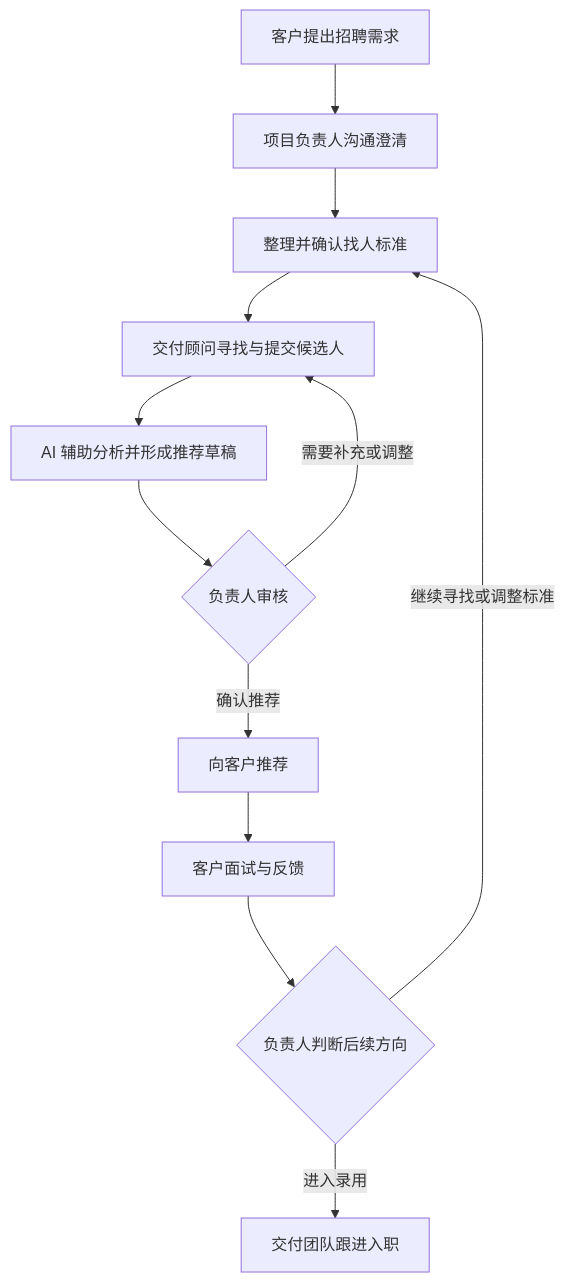
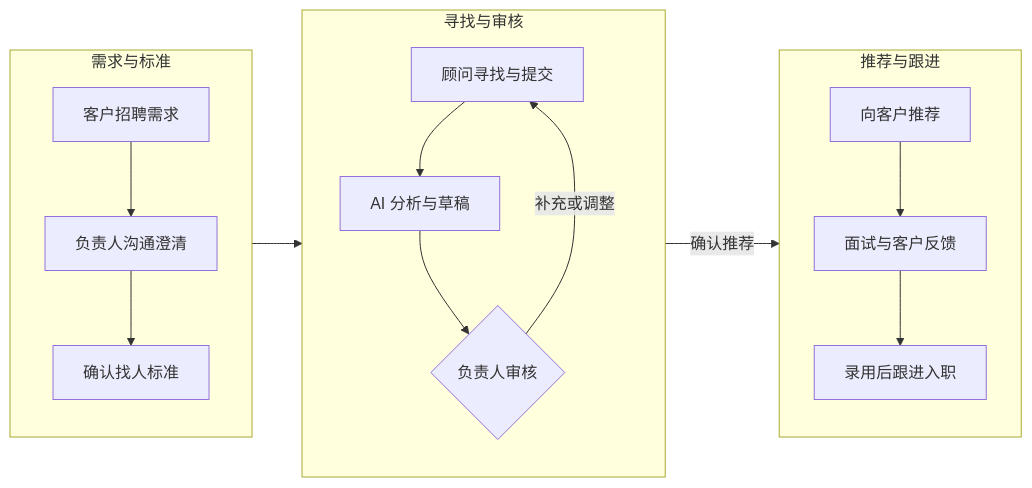
One commit to cytlabs/personal-site changed the first of 2 diagrams in content/cases/recruitment-delivery.md. Above: the diagram before and after it, drawn with Mermaid. The commit also changed other lines of this file and 17 other files, not shown here.

First line of the commit message:
统一图表排版、主题和大图查看 (#15)

````diff
--- a/content/cases/recruitment-delivery.md
+++ b/content/cases/recruitment-delivery.md
@@ -17,14 +17,18 @@
 ```mermaid
-flowchart TD
-    A["客户提出招聘需求"] --> B["项目负责人沟通澄清"]
-    B --> C["整理并确认找人标准"]
-    C --> D["交付顾问寻找与提交候选人"]
-    D --> E["AI 辅助分析并形成推荐草稿"]
-    E --> F{"负责人审核"}
-    F -->|需要补充或调整| D
-    F -->|确认推荐| G["向客户推荐"]
-    G --> H["客户面试与反馈"]
-    H --> I{"负责人判断后续方向"}
-    I -->|继续寻找或调整标准| C
-    I -->|进入录用| J["交付团队跟进入职"]
+flowchart LR
+    subgraph RQ["需求与标准"]
+        direction TB
+        A["客户招聘需求"] --> B["负责人沟通澄清"] --> C["确认找人标准"]
+    end
+    subgraph DL["寻找与审核"]
+        direction TB
+        D["顾问寻找与提交"] --> E["AI 分析与草稿"] --> F{"负责人审核"}
+        F -->|补充或调整| D
+    end
+    subgraph RC["推荐与跟进"]
+        direction TB
+        G["向客户推荐"] --> H["面试与客户反馈"] --> I["录用后跟进入职"]
+    end
+    RQ --> DL
+    DL -->|确认推荐| RC
 ```
````
